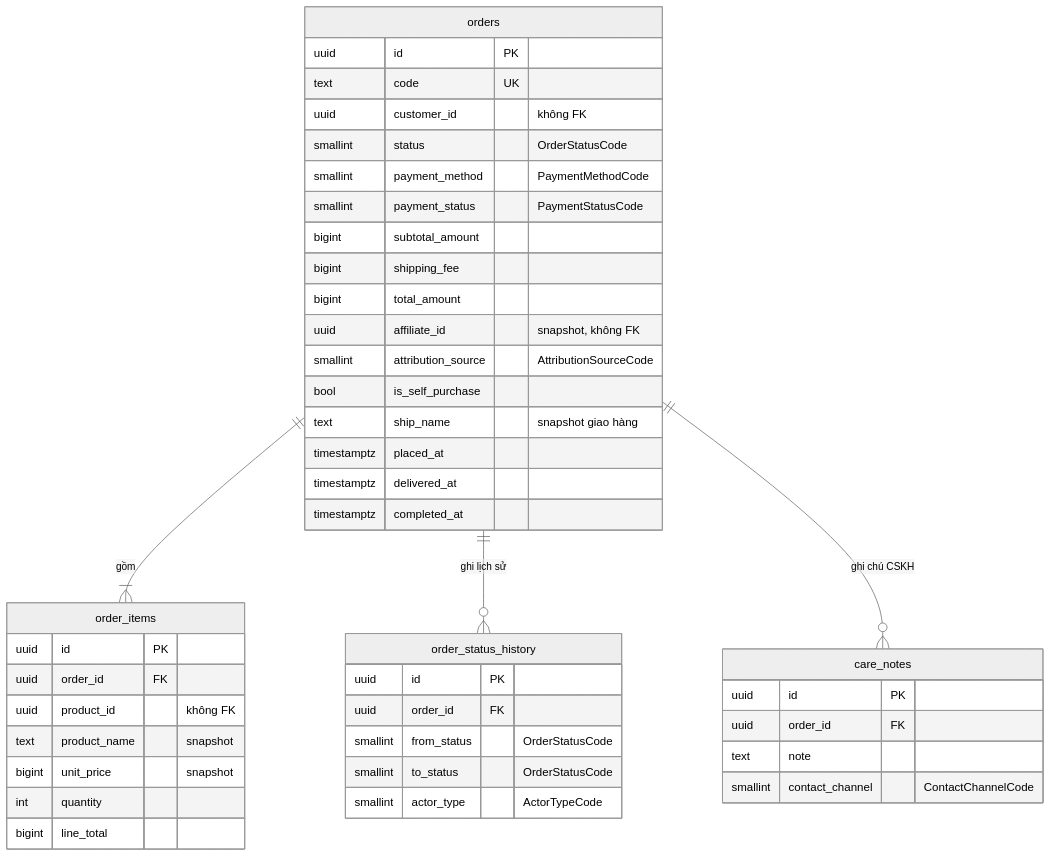
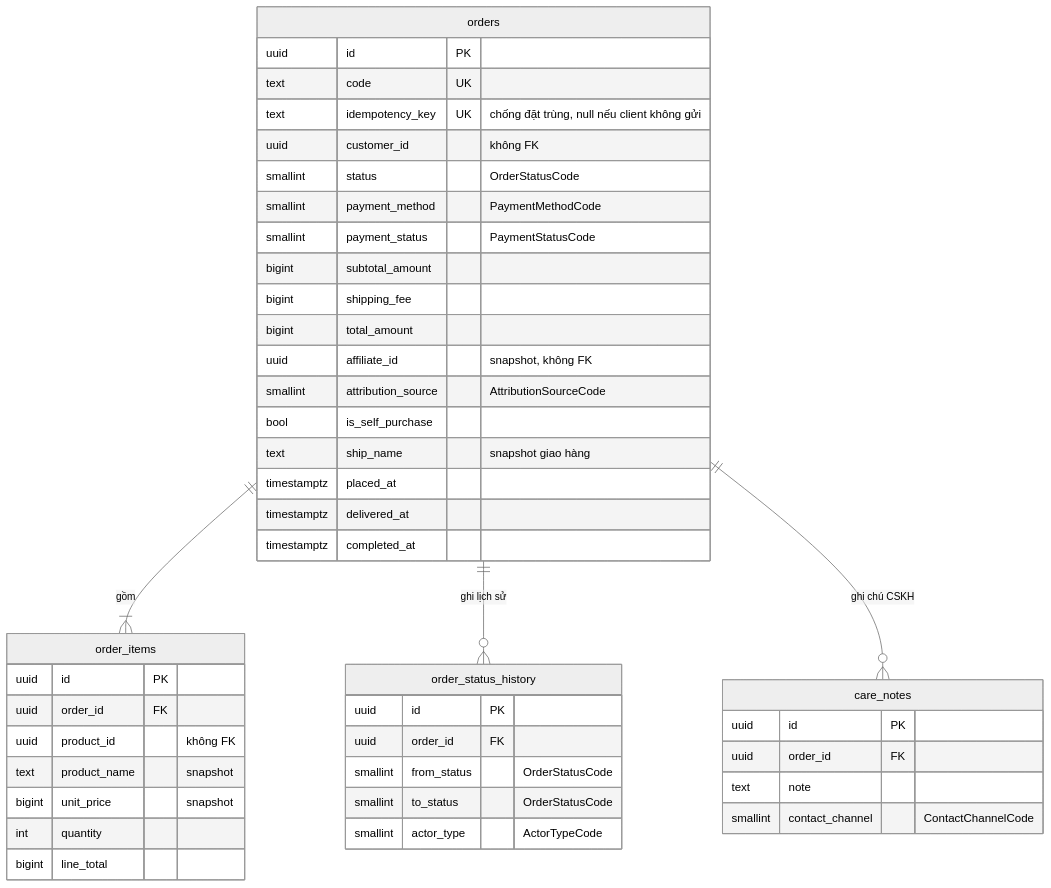
The fifth of 6 diagrams in BE/docs/database.md (Vietnguyen203/PhucViFood), drawn with Mermaid (neutral theme) before and after one commit. The commit also changed 35 other files, not shown here.

````diff
--- a/BE/docs/database.md
+++ b/BE/docs/database.md
@@ -171,47 +171,48 @@
 ```mermaid
 erDiagram
   orders ||--|{ order_items : "gồm"
   orders ||--o{ order_status_history : "ghi lịch sử"
   orders ||--o{ care_notes : "ghi chú CSKH"
 
   orders {
     uuid id PK
     text code UK
+    text idempotency_key UK "chống đặt trùng, null nếu client không gửi"
     uuid customer_id "không FK"
     smallint status "OrderStatusCode"
     smallint payment_method "PaymentMethodCode"
     smallint payment_status "PaymentStatusCode"
     bigint subtotal_amount
     bigint shipping_fee
     bigint total_amount
     uuid affiliate_id "snapshot, không FK"
     smallint attribution_source "AttributionSourceCode"
     bool is_self_purchase
     text ship_name "snapshot giao hàng"
     timestamptz placed_at
     timestamptz delivered_at
     timestamptz completed_at
   }
   order_items {
     uuid id PK
     uuid order_id FK
     uuid product_id "không FK"
     text product_name "snapshot"
     bigint unit_price "snapshot"
     int quantity
     bigint line_total
   }
   order_status_history {
     uuid id PK
     uuid order_id FK
     smallint from_status "OrderStatusCode"
     smallint to_status "OrderStatusCode"
     smallint actor_type "ActorTypeCode"
   }
   care_notes {
     uuid id PK
     uuid order_id FK
     text note
     smallint contact_channel "ContactChannelCode"
   }
 ```
````
